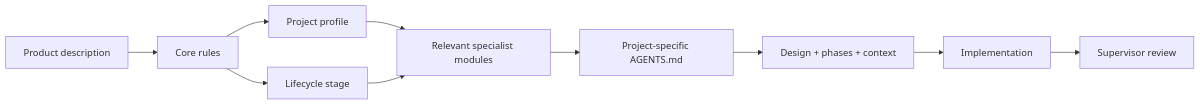
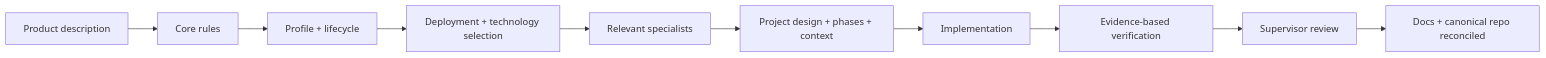
Before and after one commit to cloverhimself/engineering-handbook: the diagram in README.md, drawn with Mermaid. The commit also changed other lines of this file, not shown here.

````diff
--- a/README.md
+++ b/README.md
@@ -32,12 +35,12 @@
 ```mermaid
 flowchart LR
     A[Product description] --> B[Core rules]
-    B --> C[Project profile]
-    B --> D[Lifecycle stage]
-    C --> E[Relevant specialist modules]
-    D --> E
-    E --> F[Project-specific AGENTS.md]
-    F --> G[Design + phases + context]
-    G --> H[Implementation]
+    B --> C[Profile + lifecycle]
+    C --> D[Deployment + technology selection]
+    D --> E[Relevant specialists]
+    E --> F[Project design + phases + context]
+    F --> G[Implementation]
+    G --> H[Evidence-based verification]
     H --> I[Supervisor review]
+    I --> J[Docs + canonical repo reconciled]
 ```
````
